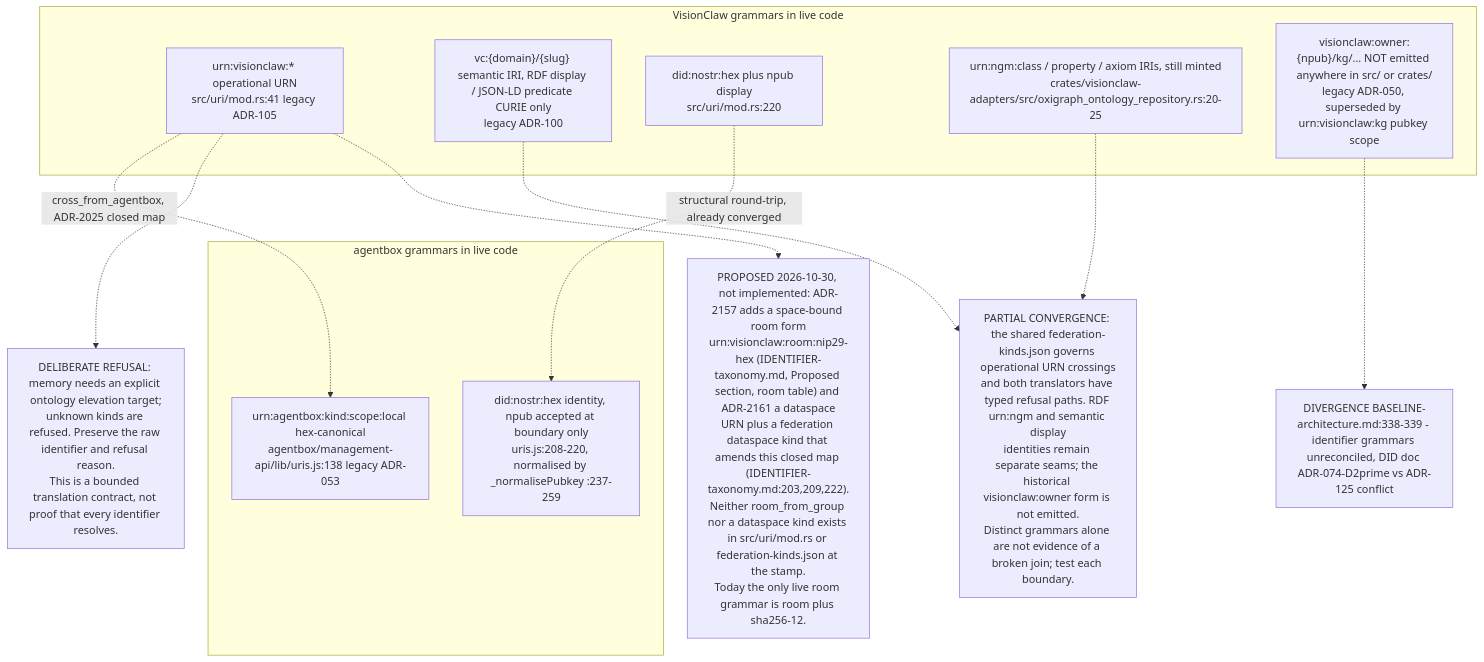
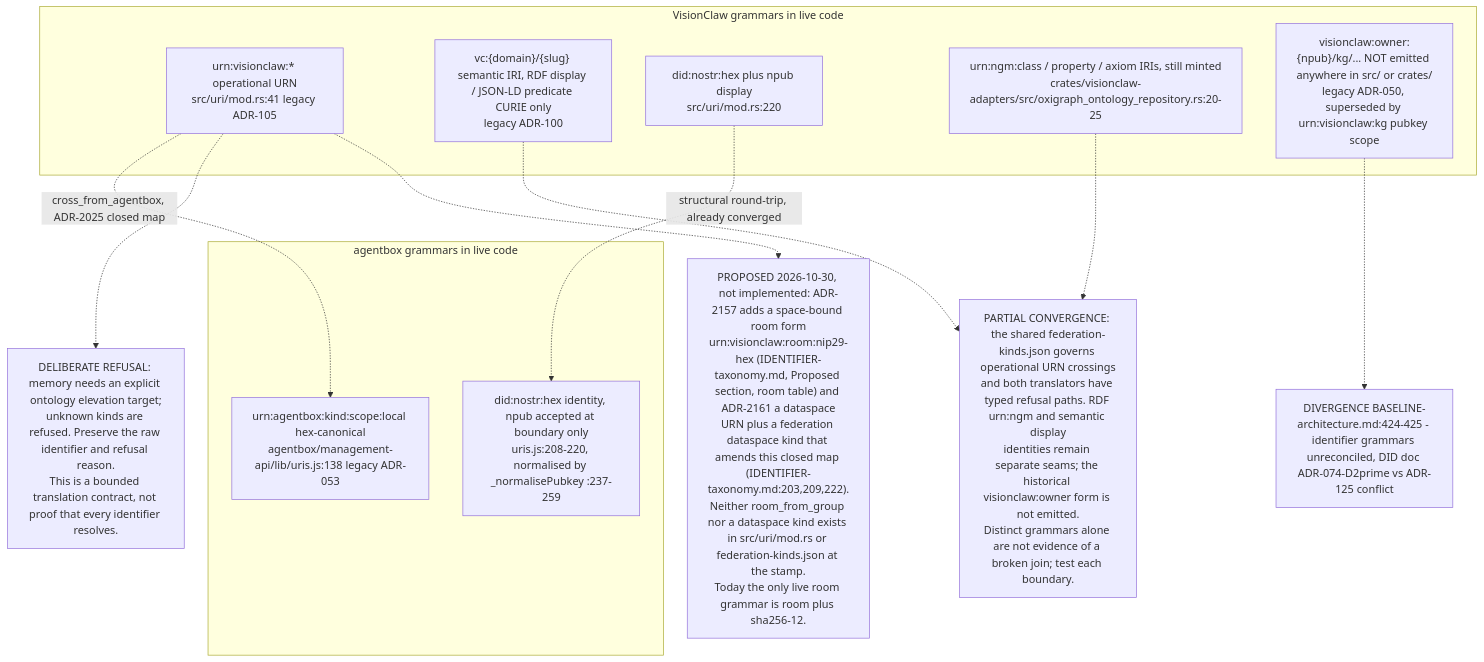
Before and after one commit to DreamLab-AI/VisionFlow: the tenth of 12 diagrams in docs/diagrams/estate/03-cross-repo-federation-contract.md, drawn with Mermaid. The commit also changed other lines of this file and 49 other files, not shown here.

First line of the commit message:
docs(diagrams): re-derive and re-stamp VisionClaw, estate, knowledge-graph, visionGraph, VisionFlow and sidestr topics

````diff
--- a/docs/diagrams/estate/03-cross-repo-federation-contract.md
+++ b/docs/diagrams/estate/03-cross-repo-federation-contract.md
@@ -449,25 +449,25 @@
 ```mermaid
 flowchart TD
     subgraph VC["VisionClaw grammars in live code"]
         G1["urn:visionclaw:* operational URN<br/>src/uri/mod.rs:41 legacy ADR-105"]
         G2["vc:{domain}/{slug} semantic IRI, RDF display / JSON-LD predicate CURIE only<br/>legacy ADR-100"]
         G3["did:nostr:hex plus npub display<br/>src/uri/mod.rs:220"]
         G4["urn:ngm:class / property / axiom IRIs, still minted<br/>crates/visionclaw-adapters/src/oxigraph_ontology_repository.rs:20-25"]
         G5["visionclaw:owner:{npub}/kg/... NOT emitted anywhere in src/ or crates/<br/>legacy ADR-050, superseded by urn:visionclaw:kg pubkey scope"]
     end
     subgraph AB["agentbox grammars in live code"]
         G6["urn:agentbox:kind:scope:local hex-canonical<br/>agentbox/management-api/lib/uris.js:138 legacy ADR-053"]
         G7["did:nostr:hex identity, npub accepted at boundary only<br/>uris.js:208-220, normalised by _normalisePubkey :237-259"]
     end
     G1 -. "cross_from_agentbox, ADR-2025 closed map" .-> G6
     G3 -. "structural round-trip, already converged" .-> G7
     NOTE1["PARTIAL CONVERGENCE: the shared federation-kinds.json governs operational URN crossings<br/>and both translators have typed refusal paths. RDF urn:ngm and semantic display<br/>identities remain separate seams; the historical visionclaw:owner form is not emitted.<br/>Distinct grammars alone are not evidence of a broken join; test each boundary."]
-    NOTE2["DIVERGENCE BASELINE-architecture.md:338-339 - identifier grammars unreconciled, DID doc ADR-074-D2prime vs ADR-125 conflict"]
+    NOTE2["DIVERGENCE BASELINE-architecture.md:424-425 - identifier grammars unreconciled, DID doc ADR-074-D2prime vs ADR-125 conflict"]
     NOTE3["DELIBERATE REFUSAL: memory needs an explicit ontology elevation target;<br/>unknown kinds are refused. Preserve the raw identifier and refusal reason.<br/>This is a bounded translation contract, not proof that every identifier resolves."]
     NOTE4["PROPOSED 2026-10-30, not implemented: ADR-2157 adds a space-bound room form<br/>urn:visionclaw:room:nip29-hex (IDENTIFIER-taxonomy.md, Proposed section, room table) and ADR-2161 a dataspace<br/>URN plus a federation dataspace kind that amends this closed map (IDENTIFIER-taxonomy.md:203,209,222).<br/>Neither room_from_group nor a dataspace kind exists in src/uri/mod.rs or federation-kinds.json at the stamp.<br/>Today the only live room grammar is room plus sha256-12."]
     G4 -.-> NOTE1
     G2 -.-> NOTE1
     G5 -.-> NOTE2
     G1 -.-> NOTE3
     G1 -.-> NOTE4
 ```
````
